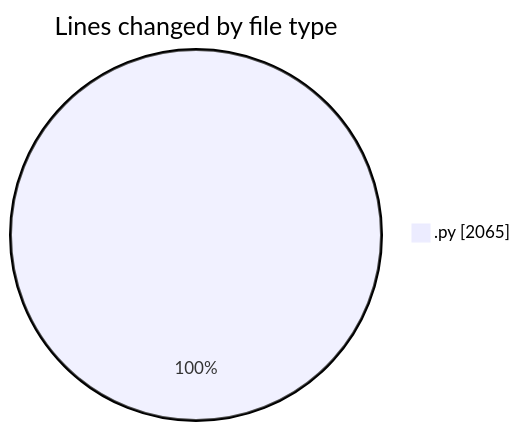
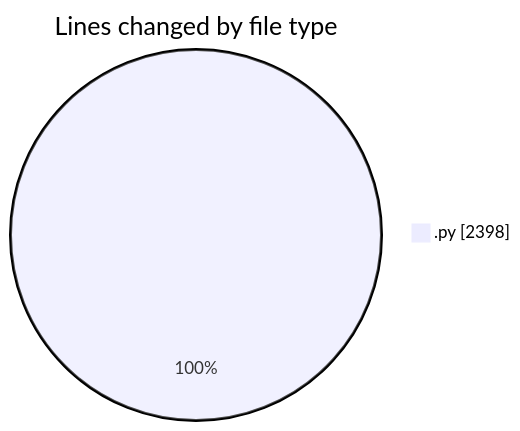
One commit to Ritupan-Deka/code-tracking changed the first of 2 diagrams in 2026-01-11/dsa/README.md. Above: the diagram before and after it, drawn with Mermaid. The commit also changed other lines of this file and 1 other file, not shown here.

````diff
--- a/2026-01-11/dsa/README.md
+++ b/2026-01-11/dsa/README.md
@@ -20,5 +20,5 @@
 ```mermaid
 pie showData
 title Lines changed by file type
-".py" : 2065
+".py" : 2398
 ```
````
